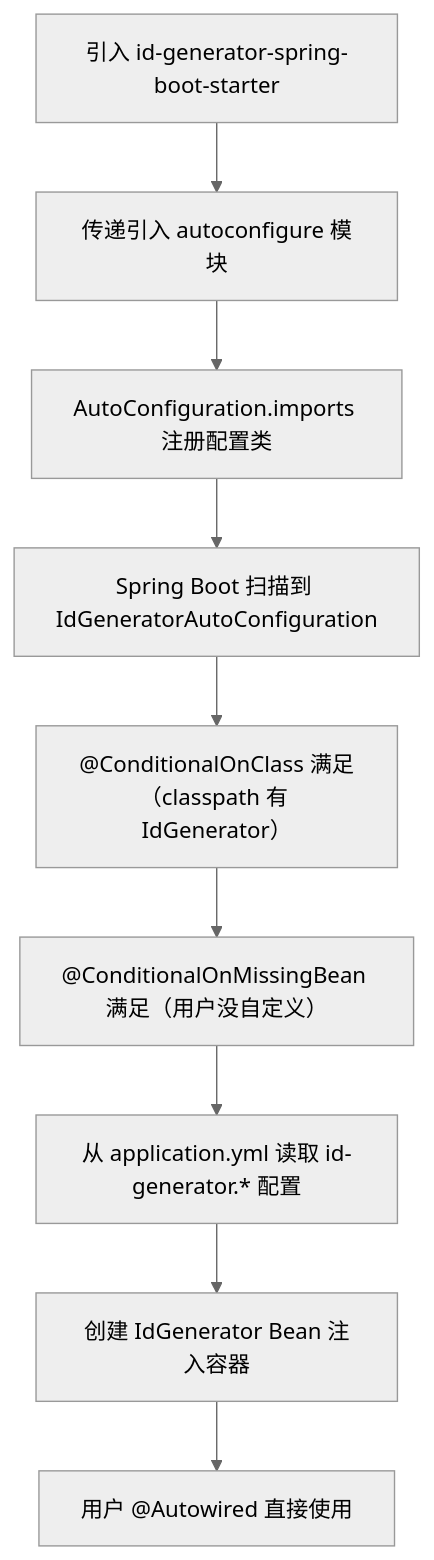
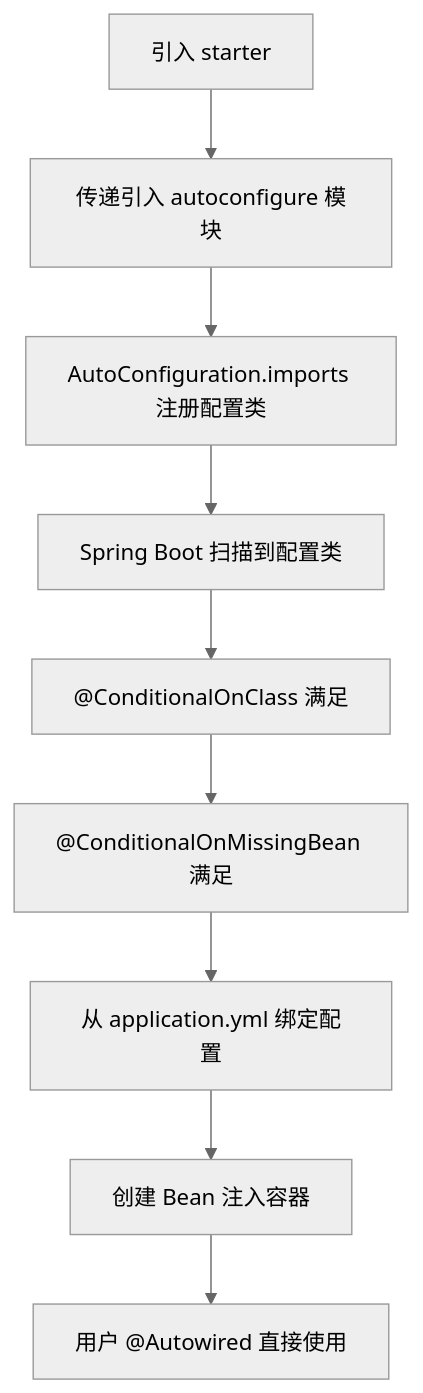
Before and after one commit to b1tzer/spring-world: the diagram in docs/04-spring-boot/chapter-02-starter.md, drawn with Mermaid (neutral theme). The commit also changed other lines of this file and 9 other files, not shown here.

````diff
--- a/docs/04-spring-boot/chapter-02-starter.md
+++ b/docs/04-spring-boot/chapter-02-starter.md
@@ -236,11 +243,11 @@
 ```mermaid
 graph TD
-    A["引入 id-generator-spring-boot-starter"] --> B["传递引入 autoconfigure 模块"]
+    A["引入 starter"] --> B["传递引入 autoconfigure 模块"]
     B --> C["AutoConfiguration.imports 注册配置类"]
-    C --> D["Spring Boot 扫描到 IdGeneratorAutoConfiguration"]
-    D --> E["@ConditionalOnClass 满足（classpath 有 IdGenerator）"]
-    E --> F["@ConditionalOnMissingBean 满足（用户没自定义）"]
-    F --> G["从 application.yml 读取 id-generator.* 配置"]
-    G --> H["创建 IdGenerator Bean 注入容器"]
+    C --> D["Spring Boot 扫描到配置类"]
+    D --> E["@ConditionalOnClass 满足"]
+    E --> F["@ConditionalOnMissingBean 满足"]
+    F --> G["从 application.yml 绑定配置"]
+    G --> H["创建 Bean 注入容器"]
     H --> I["用户 @Autowired 直接使用"]
 ```
````
